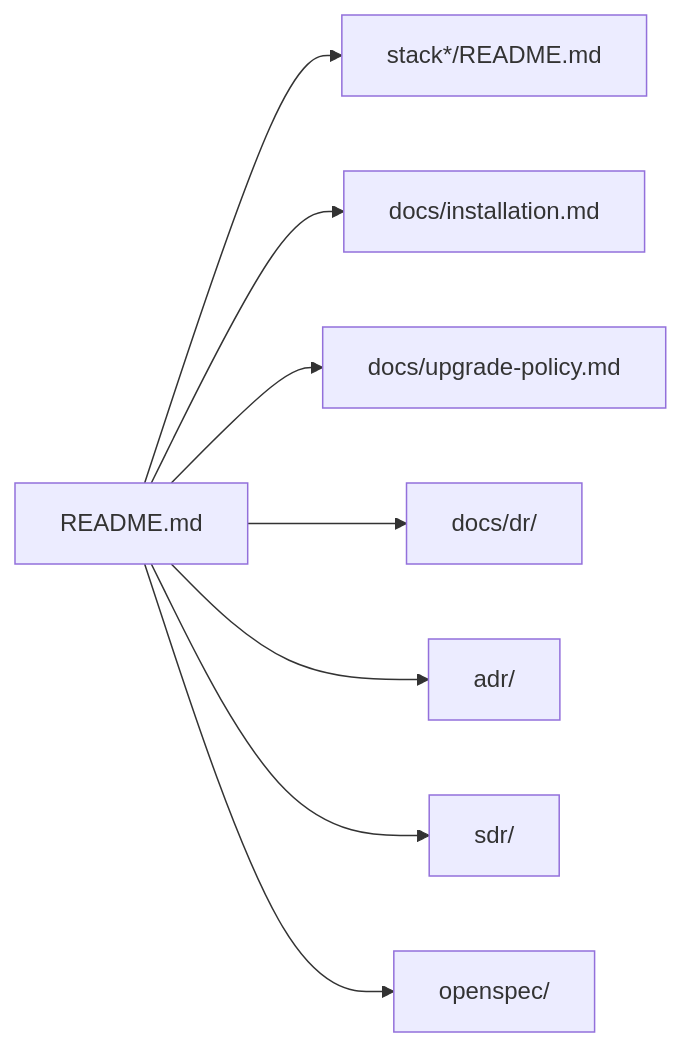
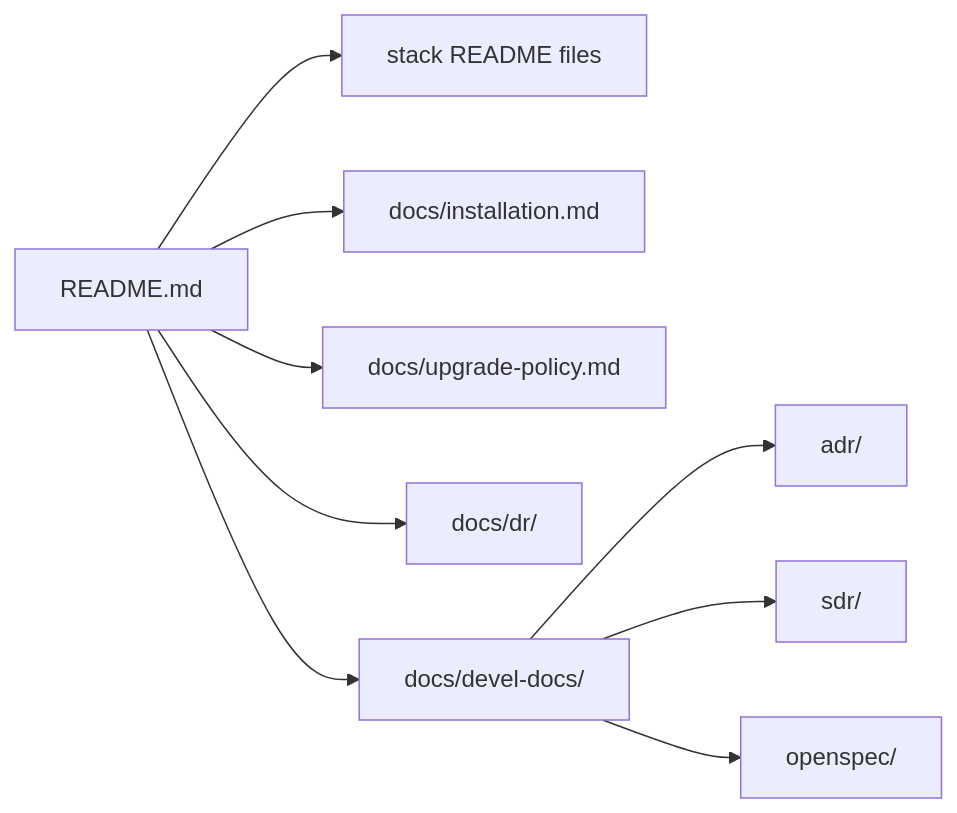
One commit to ea1het/local_hybrid_ai changed the diagram in docs/README.md. Above: the diagram before and after it, drawn with Mermaid. The commit also changed other lines of this file, not shown here.

Commit message:
Normalize documentation decision and OpenSpec paths

````diff
--- a/docs/README.md
+++ b/docs/README.md
@@ -5,10 +5,11 @@
 ```mermaid
 flowchart LR
-    Root[README.md] --> Stacks[stack*/README.md]
+    Root[README.md] --> Stacks[stack README files]
     Root --> Install[docs/installation.md]
     Root --> Upgrade[docs/upgrade-policy.md]
     Root --> DR[docs/dr/]
-    Root --> ADR[adr/]
-    Root --> SDR[sdr/]
-    Root --> Spec[openspec/]
+    Root --> Dev[docs/devel-docs/]
+    Dev --> ADR[adr/]
+    Dev --> SDR[sdr/]
+    Dev --> Spec[openspec/]
 ```
````
